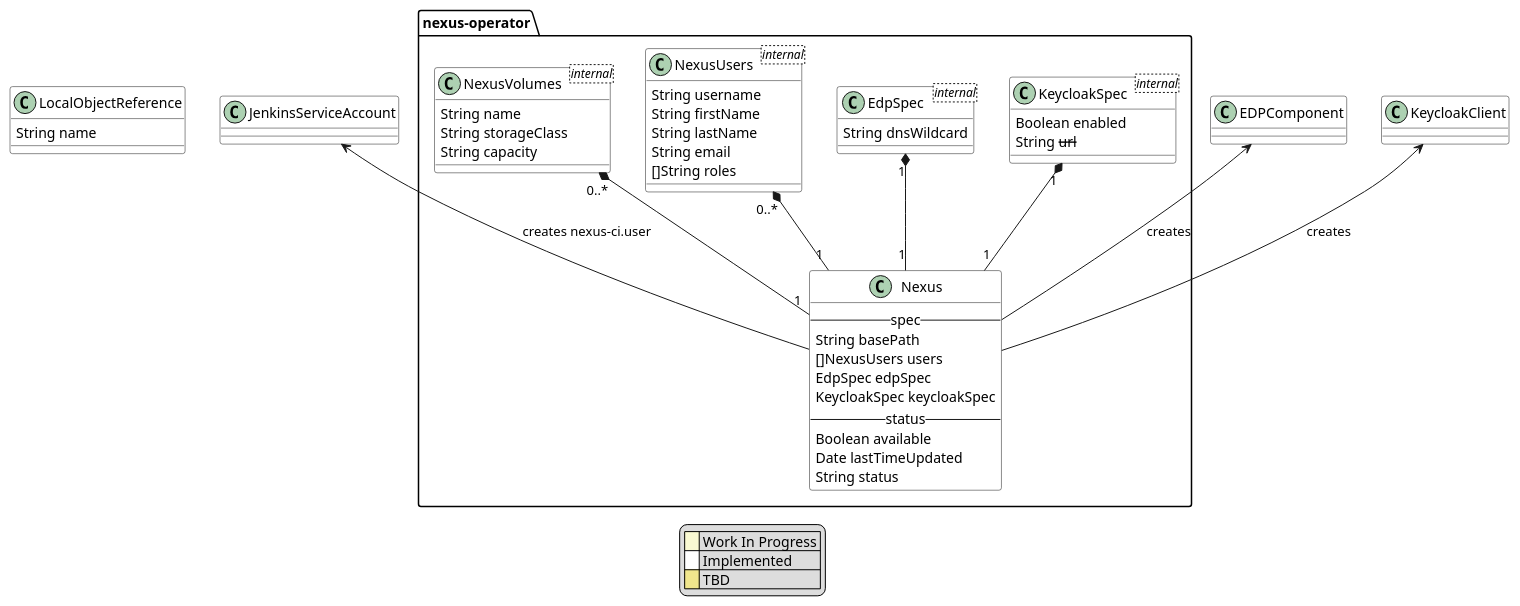
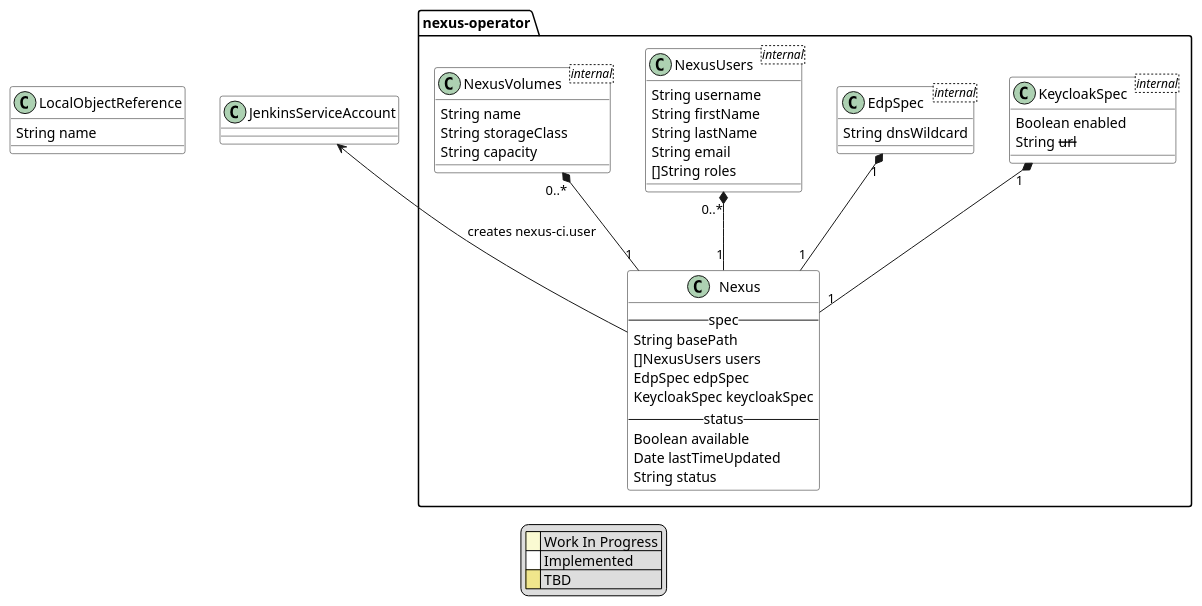
One commit to epam/edp-nexus-operator changed the diagram in documentation/puml/arch.puml. Above: the diagram before and after it, drawn with PlantUML. The commit also changed 13 other files, not shown here.

```diff
--- a/documentation/puml/arch.puml
+++ b/documentation/puml/arch.puml
@@ -1,65 +1,63 @@
 @startuml
 
 skinparam class {
     BackgroundColor #white
 	BackgroundColor<<wip>> LightGoldenRodYellow
 	BackgroundColor<<tbd>> Khaki
 }
 
 package nexus-operator {
     class Nexus {
         -- spec --
         String basePath
         []NexusUsers users
         EdpSpec edpSpec
         KeycloakSpec keycloakSpec
         -- status --
         Boolean available
         Date lastTimeUpdated
         String status
     }
 
     KeycloakSpec "1" *-- "1" Nexus
     class KeycloakSpec <internal> {
         Boolean enabled
         String --url--
     }
 
     EdpSpec "1" *-- "1" Nexus
     class EdpSpec <internal> {
         String dnsWildcard
     }
 
     NexusUsers "0..*" *-- "1" Nexus
     class NexusUsers <internal> {
         String username
         String firstName
         String lastName
         String email
         []String roles
     }
 
     NexusVolumes "0..*" *-- "1" Nexus
     class NexusVolumes <internal> {
         String name
         String storageClass
         String capacity
     }
 
 
 }
 
 class LocalObjectReference {
     String name
 }
 JenkinsServiceAccount <-d- Nexus : creates nexus-ci.user
-EDPComponent <-d- Nexus : creates
-KeycloakClient <-d- Nexus : creates
 
 legend
 |<back:LightGoldenRodYellow>    </back>| Work In Progress |
 |<back:White>    </back>| Implemented |
 |<back:Khaki>    </back>| TBD |
 endlegend
 
 @enduml
```
